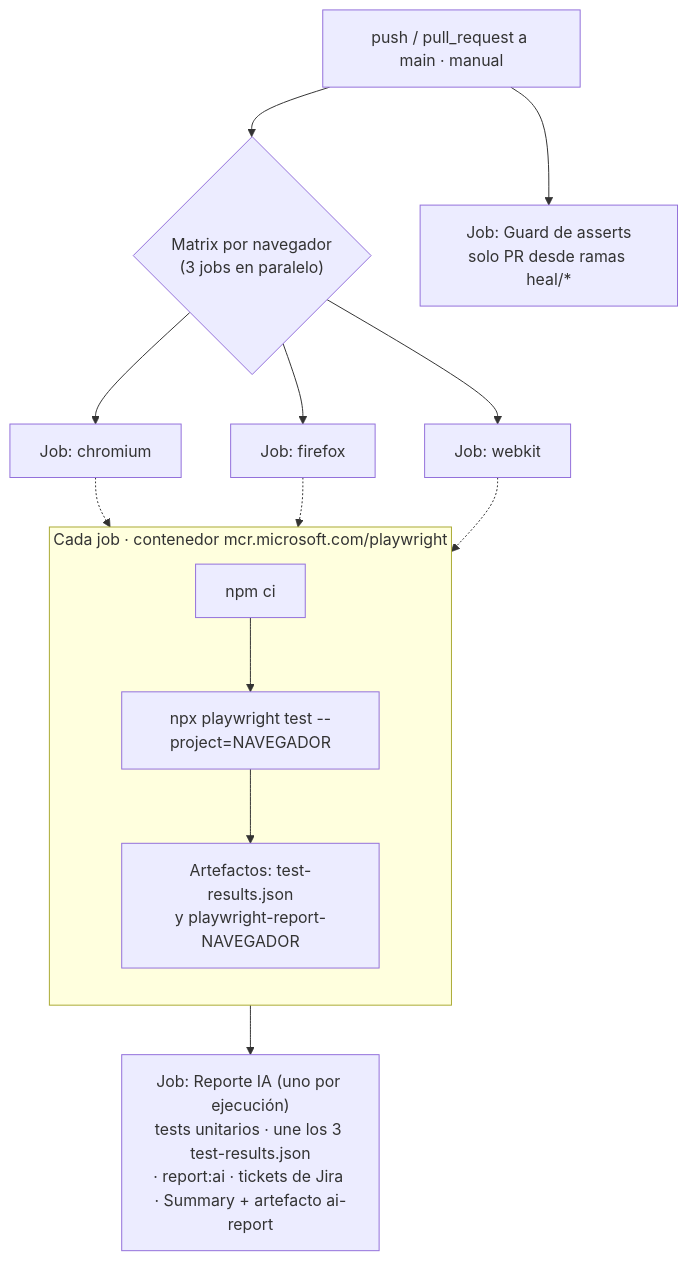
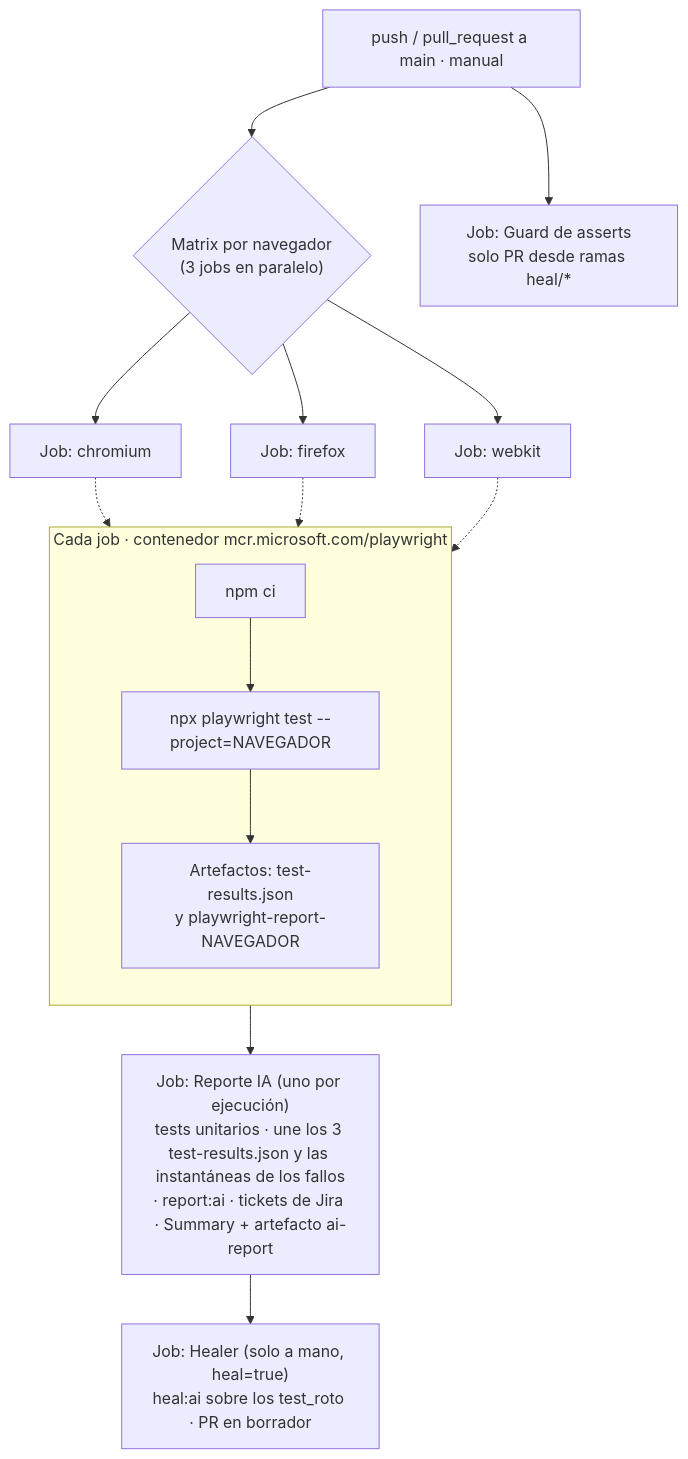
Before and after one commit to StoneFly365/playwright-demo-ia-mcp: the second of 3 diagrams in README.md, drawn with Mermaid. The commit also changed other lines of this file and 3 other files, not shown here.

First line of the commit message:
feat: el healer en CI (job Healer, solo a mano) (#32)

````diff
--- a/README.md
+++ b/README.md
@@ -342,21 +343,22 @@
 ```mermaid
 flowchart TD
     T["push / pull_request a main · manual"] --> M{"Matrix por navegador<br/>(3 jobs en paralelo)"}
 
     M --> C["Job: chromium"]
     M --> F["Job: firefox"]
     M --> W["Job: webkit"]
 
     subgraph JOB ["Cada job · contenedor mcr.microsoft.com/playwright"]
         direction TB
         S1["npm ci"] --> S2["npx playwright test --project=NAVEGADOR"]
         S2 --> S3["Artefactos: test-results.json<br/>y playwright-report-NAVEGADOR"]
     end
 
     C -.-> JOB
     F -.-> JOB
     W -.-> JOB
 
-    JOB --> R["Job: Reporte IA (uno por ejecución)<br/>tests unitarios · une los 3 test-results.json<br/>· report:ai · tickets de Jira · Summary + artefacto ai-report"]
+    JOB --> R["Job: Reporte IA (uno por ejecución)<br/>tests unitarios · une los 3 test-results.json y las instantáneas de los fallos<br/>· report:ai · tickets de Jira · Summary + artefacto ai-report"]
+    R --> HL["Job: Healer (solo a mano, heal=true)<br/>heal:ai sobre los test_roto · PR en borrador"]
     T --> GU["Job: Guard de asserts<br/>solo PR desde ramas heal/*"]
 ```
````
